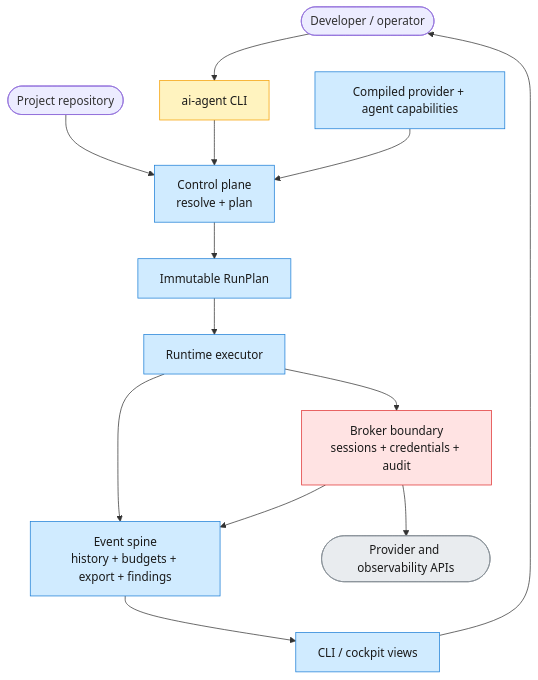
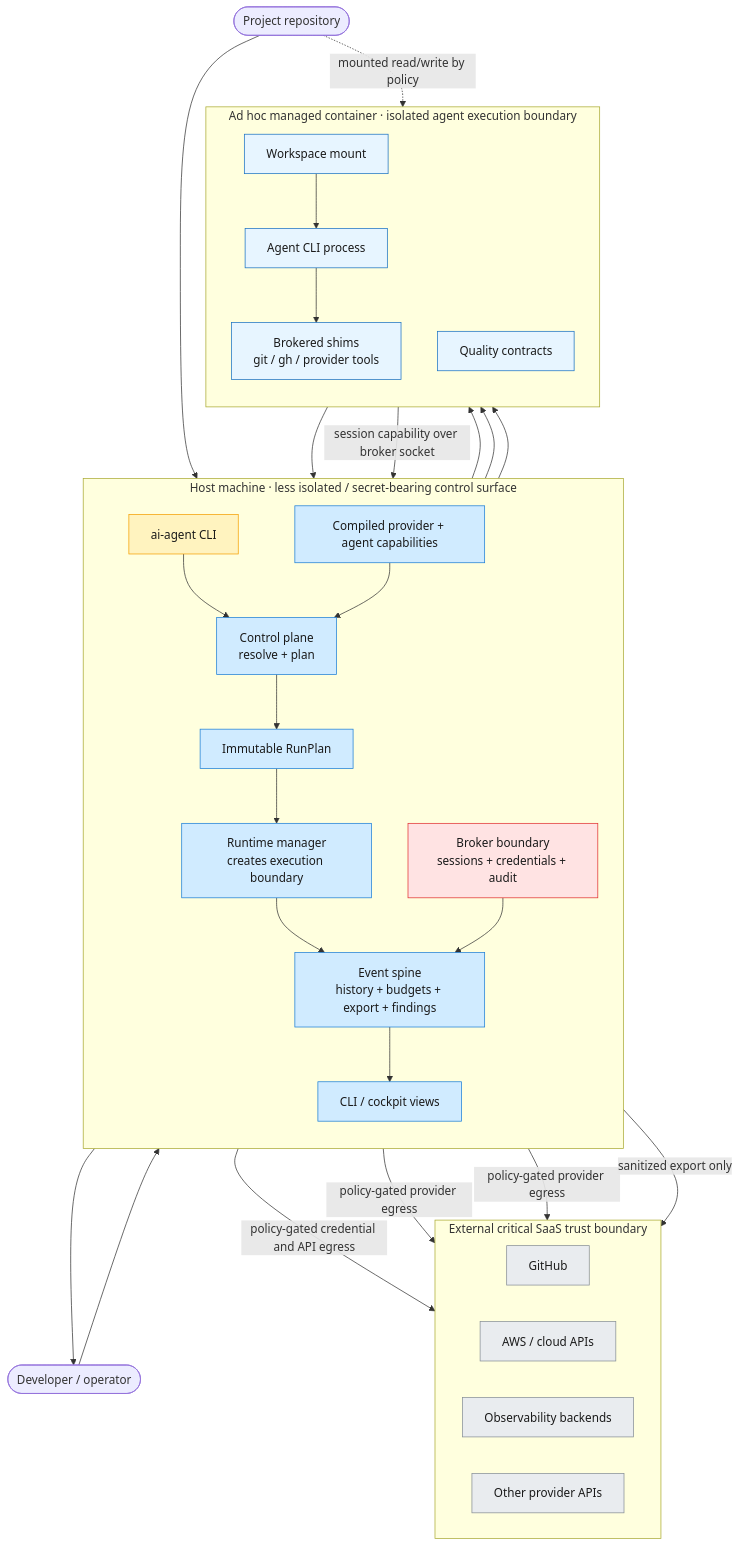
The second of 2 diagrams in docs/current-north-star-architecture.md (maryzam/ai-crew-localdev), drawn with Mermaid before and after one commit. The commit also changed other lines of this file, not shown here.

Commit message:
docs: show north star isolation boundaries

````diff
--- a/docs/current-north-star-architecture.md
+++ b/docs/current-north-star-architecture.md
@@ -161,36 +163,67 @@
 ```mermaid
 flowchart TB
     Operator([Developer / operator])
     Project([Project repository])
-    CLI[ai-agent CLI]
-    Control[Control plane<br/>resolve + plan]
-    Plan[Immutable RunPlan]
-    Runtime[Runtime executor]
-    Broker[Broker boundary<br/>sessions + credentials + audit]
-    Events[Event spine<br/>history + budgets + export + findings]
-    Views[CLI / cockpit views]
-    Capabilities[Compiled provider + agent capabilities]
-    External([Provider and observability APIs])
+
+    subgraph Host[Host machine · less isolated / secret-bearing control surface]
+        direction TB
+        CLI[ai-agent CLI]
+        Control[Control plane<br/>resolve + plan]
+        Capabilities[Compiled provider + agent capabilities]
+        Plan[Immutable RunPlan]
+        RuntimeManager[Runtime manager<br/>creates execution boundary]
+        Broker[Broker boundary<br/>sessions + credentials + audit]
+        Events[Event spine<br/>history + budgets + export + findings]
+        Views[CLI / cockpit views]
+    end
+
+    subgraph Container[Ad hoc managed container · isolated agent execution boundary]
+        direction TB
+        Workspace[Workspace mount]
+        Agent[Agent CLI process]
+        Shims[Brokered shims<br/>git / gh / provider tools]
+        Quality[Quality contracts]
+    end
+
+    subgraph SaaS[External critical SaaS trust boundary]
+        direction LR
+        GitHub[GitHub]
+        Cloud[AWS / cloud APIs]
+        Observability[Observability backends]
+        OtherSaaS[Other provider APIs]
+    end
 
     Operator --> CLI
     Project --> Control
     CLI --> Control
     Capabilities --> Control
     Control --> Plan
-    Plan --> Runtime
-    Runtime --> Broker
-    Broker --> External
-    Runtime --> Events
+    Plan --> RuntimeManager
+    RuntimeManager --> Workspace
+    RuntimeManager --> Agent
+    RuntimeManager --> Quality
+    Workspace --> Agent
+    Agent --> Shims
+    Quality --> Events
+    Shims -->|session capability over broker socket| Broker
+    Broker -->|policy-gated credential and API egress| GitHub
+    Broker -->|policy-gated provider egress| Cloud
+    Broker -->|policy-gated provider egress| OtherSaaS
+    RuntimeManager --> Events
     Broker --> Events
+    Events -->|sanitized export only| Observability
     Events --> Views
     Views --> Operator
+    Project -.->|mounted read/write by policy| Workspace
 
     classDef entry fill:#fff3bf,stroke:#f59f00,color:#1a1a1a
     classDef core fill:#d0ebff,stroke:#1c7ed6,color:#1a1a1a
     classDef secure fill:#ffe3e3,stroke:#e03131,color:#1a1a1a
+    classDef runtime fill:#e7f5ff,stroke:#1971c2,color:#1a1a1a
     classDef ext fill:#e9ecef,stroke:#868e96,color:#1a1a1a
     class CLI entry
-    class Control,Plan,Runtime,Events,Views,Capabilities core
+    class Control,Plan,RuntimeManager,Events,Views,Capabilities core
+    class Workspace,Agent,Shims,Quality runtime
     class Broker secure
-    class External ext
+    class GitHub,Cloud,Observability,OtherSaaS ext
 ```
````
